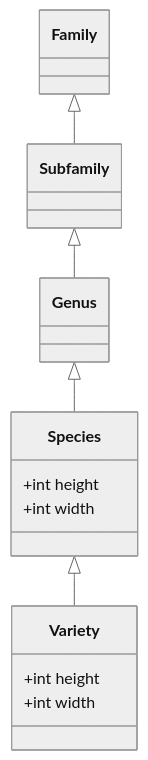
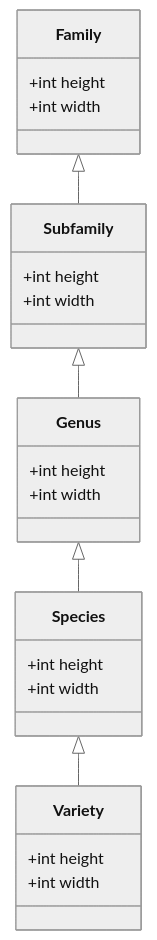
Before and after one commit to ElektraInitiative/PermaplanT: the diagram in doc/decisions/database_structure.md, drawn with Mermaid (neutral theme).

````diff
--- a/doc/decisions/database_structure.md
+++ b/doc/decisions/database_structure.md
@@ -23,24 +23,30 @@
 ```mermaid
 classDiagram
 
     class Family:::abstract {
+         +int height
+         +int width
     }
     class Subfamily:::abstract {
+         +int height
+         +int width
     }
     class Genus:::abstract {
+         +int height
+         +int width
     }
     class Species {
       +int height
       +int width
     }
     class Variety {
       +int height
       +int width
     }
 
     Species <|-- Variety
     Genus <|-- Species
     Subfamily <|-- Genus
     Family <|-- Subfamily
 
 ```
````
